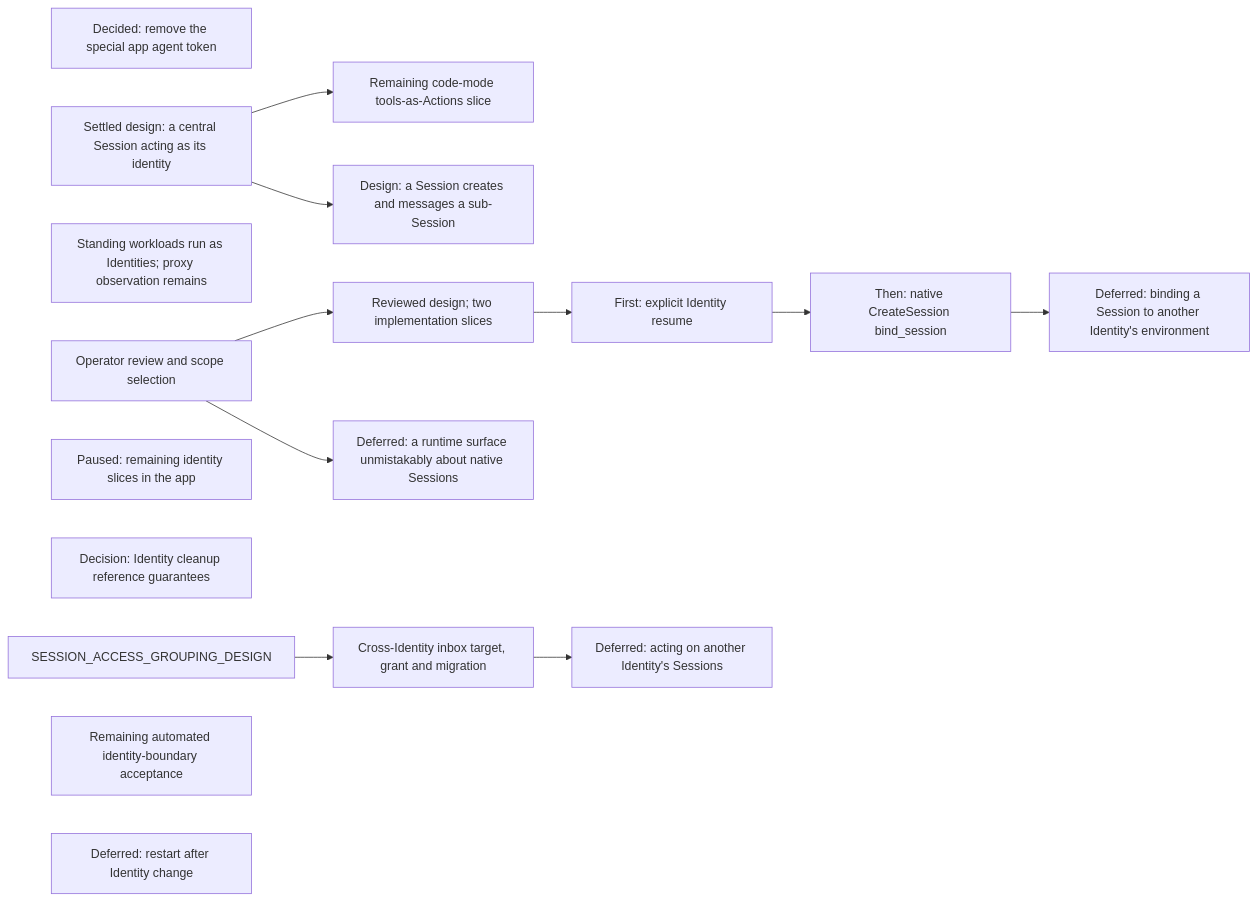
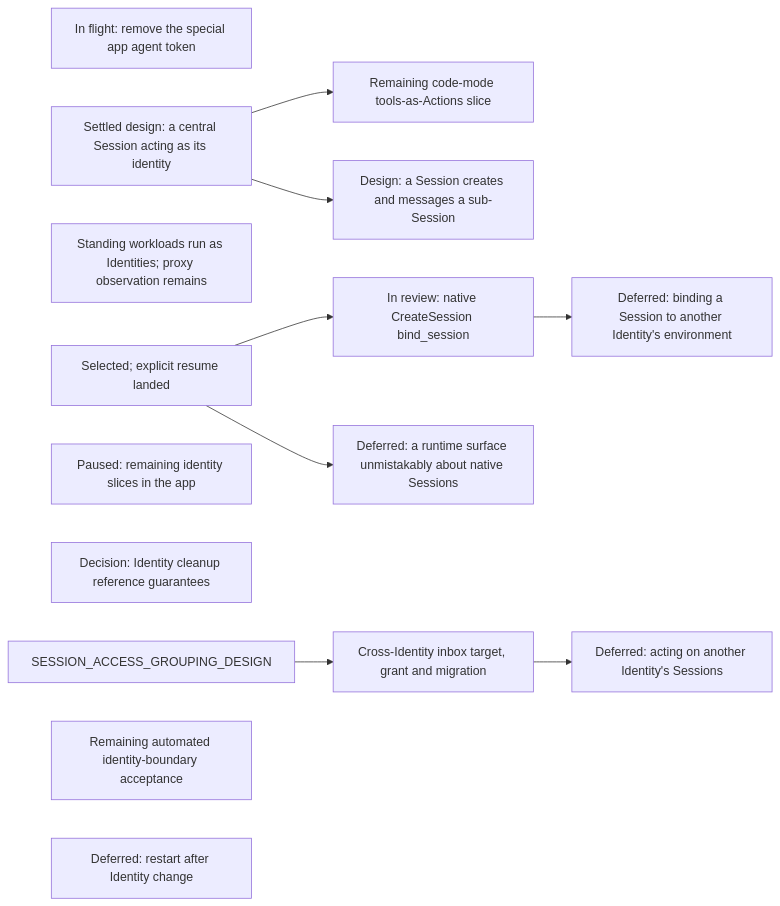
Before and after one commit to agentydragon/ducktape: diagram 18 of 21 in agentplane/plans/task_dag.md, drawn with Mermaid. The commit also changed other lines of this file and 1 other file, not shown here.

````diff
--- a/agentplane/plans/task_dag.md
+++ b/agentplane/plans/task_dag.md
@@ -3207,24 +3343,21 @@
 ```mermaid
 flowchart LR
-    APP_AGENT_TOKEN_DECISION[Decided: remove the special app agent token]
+    APP_AGENT_TOKEN_DECISION[In flight: remove the special app agent token]
     CENTRAL_SESSION_ACTING_DESIGN[Settled design: a central Session acting as its identity]
     CENTRAL_SESSION_DELEGATED_ACTING[Remaining code-mode tools-as-Actions slice]
     CENTRAL_SESSION_ACTING_DESIGN --> CENTRAL_SESSION_DELEGATED_ACTING
     STANDING_WORKLOAD_IDENTITY[Standing workloads run as Identities; proxy observation remains]
-    ENVIRONMENT_RULE_TYPE_DESIGN[Operator review and scope selection]
-    ENVIRONMENT_LIFECYCLE_RULES[Reviewed design; two implementation slices]
-    ENVIRONMENT_IDENTITY_RESUME[First: explicit Identity resume]
-    ENVIRONMENT_IDENTITY_BIND_SESSION[Then: native CreateSession bind_session]
-    ENVIRONMENT_RULE_TYPE_DESIGN --> ENVIRONMENT_LIFECYCLE_RULES
-    ENVIRONMENT_LIFECYCLE_RULES --> ENVIRONMENT_IDENTITY_RESUME --> ENVIRONMENT_IDENTITY_BIND_SESSION
+    ENVIRONMENT_LIFECYCLE_RULES[Selected; explicit resume landed]
+    ENVIRONMENT_IDENTITY_BIND_SESSION[In review: native CreateSession bind_session]
+    ENVIRONMENT_LIFECYCLE_RULES --> ENVIRONMENT_IDENTITY_BIND_SESSION
     APP_IDENTITIES_UI[Paused: remaining identity slices in the app]
     IDENTITY_CLEANUP_REFERENCE_DECISION[Decision: Identity cleanup reference guarantees]
     SESSION_SUBAGENT_DELEGATION[Design: a Session creates and messages a sub-Session]
     CENTRAL_SESSION_ACTING_DESIGN --> SESSION_SUBAGENT_DELEGATION
     SESSION_ACCESS_GROUPING_DESIGN --> SESSION_IDENTITY_AUTHZ[Cross-Identity inbox target, grant and migration]
     SESSION_IDENTITY_AUTHZ --> SESSION_CROSS_IDENTITY_AUTHORITY[Deferred: acting on another Identity's Sessions]
-    ENVIRONMENT_RULE_TYPE_DESIGN --> ENVIRONMENT_RUNTIME_NATIVE_SURFACE[Deferred: a runtime surface unmistakably about native Sessions]
+    ENVIRONMENT_LIFECYCLE_RULES --> ENVIRONMENT_RUNTIME_NATIVE_SURFACE[Deferred: a runtime surface unmistakably about native Sessions]
     ENVIRONMENT_IDENTITY_BIND_SESSION --> CROSS_IDENTITY_SESSION_BINDING[Deferred: binding a Session to another Identity's environment]
     IDENTITY_SYSTEM_TESTS[Remaining automated identity-boundary acceptance]
     SANDBOX_IDENTITY_CHANGE_CHECKPOINT[Deferred: restart after Identity change]
 ```
````
